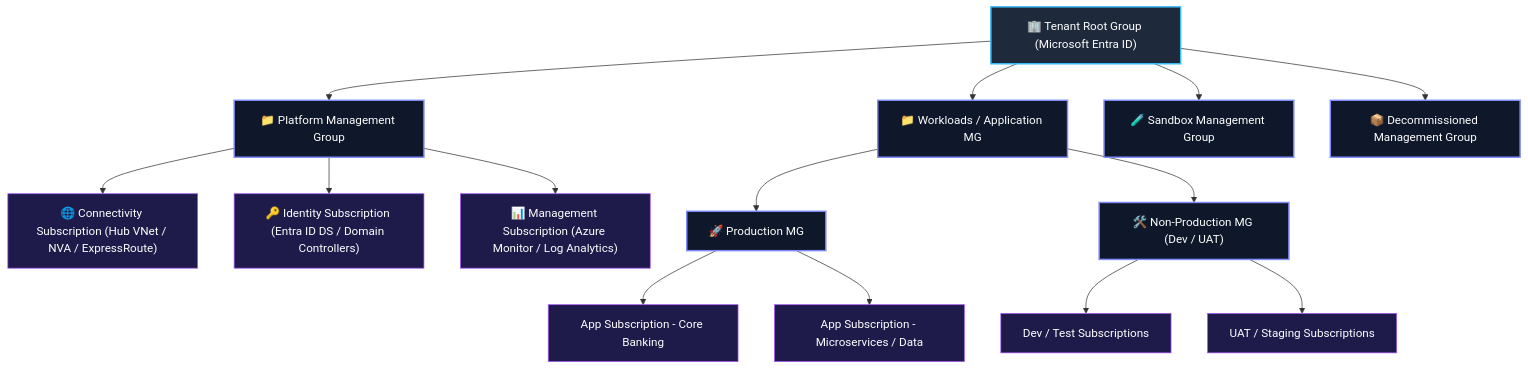
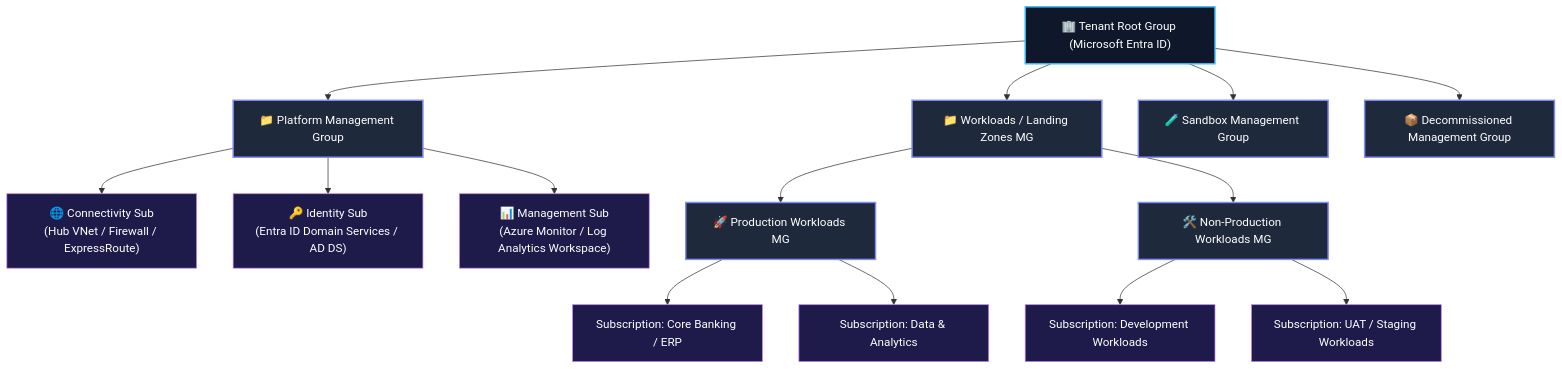
One commit to aahmad39/aahmad39 changed the first of 4 diagrams in README.md. Above: the diagram before and after it, drawn with Mermaid. The commit also changed other lines of this file, not shown here.

Commit message:
style: overhaul profile README with executive bento-card design, deep topic technical checklists and expandable architecture deep-dives

````diff
--- a/README.md
+++ b/README.md
@@ -88,28 +125,28 @@
 ```mermaid
 graph TD
-    TenantRoot["🏢 Tenant Root Group (Microsoft Entra ID)"]
+    Root["🏢 Tenant Root Group (Microsoft Entra ID)"]
     
-    TenantRoot --> PlatformMG["📁 Platform Management Group"]
-    TenantRoot --> WorkloadsMG["📁 Workloads / Application MG"]
-    TenantRoot --> SandboxMG["🧪 Sandbox Management Group"]
-    TenantRoot --> DecomMG["📦 Decommissioned Management Group"]
+    Root --> PlatformMG["📁 Platform Management Group"]
+    Root --> WorkloadsMG["📁 Workloads / Landing Zones MG"]
+    Root --> SandboxMG["🧪 Sandbox Management Group"]
+    Root --> DecomMG["📦 Decommissioned Management Group"]
 
-    PlatformMG --> ConnSub["🌐 Connectivity Subscription (Hub VNet / NVA / ExpressRoute)"]
-    PlatformMG --> IdentitySub["🔑 Identity Subscription (Entra ID DS / Domain Controllers)"]
-    PlatformMG --> MgmtSub["📊 Management Subscription (Azure Monitor / Log Analytics)"]
+    PlatformMG --> ConnSub["🌐 Connectivity Sub\n(Hub VNet / Firewall / ExpressRoute)"]
+    PlatformMG --> IdentitySub["🔑 Identity Sub\n(Entra ID Domain Services / AD DS)"]
+    PlatformMG --> MgmtSub["📊 Management Sub\n(Azure Monitor / Log Analytics Workspace)"]
 
-    WorkloadsMG --> ProdMG["🚀 Production MG"]
-    WorkloadsMG --> NonProdMG["🛠️ Non-Production MG (Dev / UAT)"]
+    WorkloadsMG --> ProdMG["🚀 Production Workloads MG"]
+    WorkloadsMG --> NonProdMG["🛠️ Non-Production Workloads MG"]
 
-    ProdMG --> AppSub1["App Subscription - Core Banking"]
-    ProdMG --> AppSub2["App Subscription - Microservices / Data"]
-    NonProdMG --> DevSub["Dev / Test Subscriptions"]
-    NonProdMG --> UATSub["UAT / Staging Subscriptions"]
+    ProdMG --> AppSub1["Subscription: Core Banking / ERP"]
+    ProdMG --> AppSub2["Subscription: Data & Analytics"]
+    NonProdMG --> DevSub["Subscription: Development Workloads"]
+    NonProdMG --> UATSub["Subscription: UAT / Staging Workloads"]
 
-    classDef rootStyle fill:#1e293b,stroke:#38bdf8,stroke-width:2px,color:#fff;
-    classDef mgStyle fill:#0f172a,stroke:#818cf8,stroke-width:2px,color:#fff;
-    classDef subStyle fill:#1e1b4b,stroke:#a855f7,stroke-width:1px,color:#fff;
-    class TenantRoot rootStyle;
+    classDef rootStyle fill:#0f172a,stroke:#38bdf8,stroke-width:2px,color:#fff;
+    classDef mgStyle fill:#1e293b,stroke:#818cf8,stroke-width:2px,color:#fff;
+    classDef subStyle fill:#1e1b4b,stroke:#c084fc,stroke-width:1px,color:#fff;
+    class Root rootStyle;
     class PlatformMG,WorkloadsMG,SandboxMG,DecomMG,ProdMG,NonProdMG mgStyle;
     class ConnSub,IdentitySub,MgmtSub,AppSub1,AppSub2,DevSub,UATSub subStyle;
 ```
````
